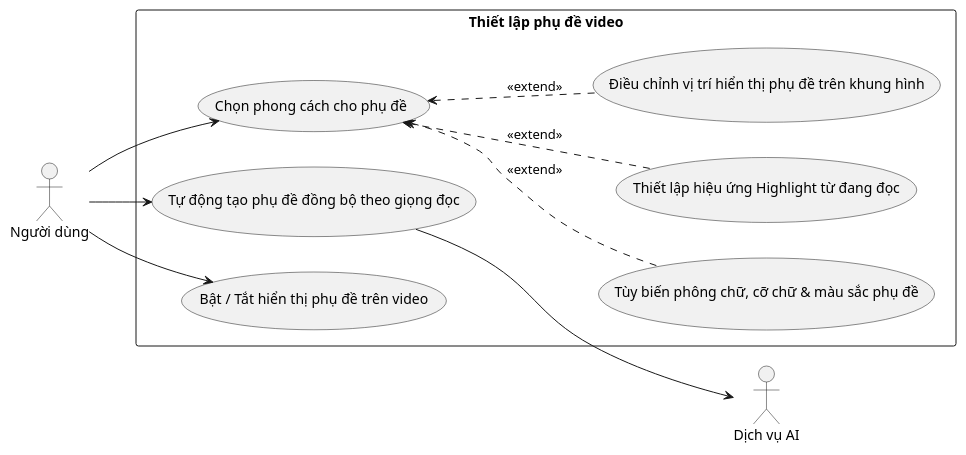
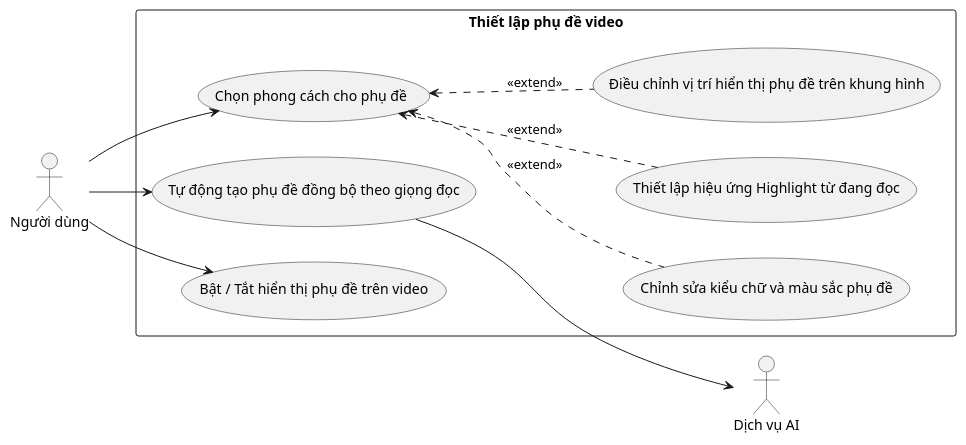
Before and after one commit to 202416852-anhpv/story2video-docs: the diagram in docs/bieu-do-uc/bieu-do-uc-chi-tiet/make/dung-va-xuat-video/thiet-lap-phu-de-video.puml, drawn with PlantUML.

Commit message:
sua ten uc

```diff
--- a/docs/bieu-do-uc/bieu-do-uc-chi-tiet/make/dung-va-xuat-video/thiet-lap-phu-de-video.puml
+++ b/docs/bieu-do-uc/bieu-do-uc-chi-tiet/make/dung-va-xuat-video/thiet-lap-phu-de-video.puml
@@ -1,26 +1,26 @@
 @startuml thiet-lap-phu-de-video
 left to right direction
 
 actor "Người dùng" as User
 actor "Dịch vụ AI" as AI_Service
 
 rectangle "Thiết lập phụ đề video" {
     usecase "Tự động tạo phụ đề đồng bộ theo giọng đọc" as UC_01
     usecase "Bật / Tắt hiển thị phụ đề trên video" as UC_02
     usecase "Chọn phong cách cho phụ đề" as UC_03
-    usecase "Tùy biến phông chữ, cỡ chữ & màu sắc phụ đề" as UC_04
+    usecase "Chỉnh sửa kiểu chữ và màu sắc phụ đề" as UC_04
     usecase "Thiết lập hiệu ứng Highlight từ đang đọc" as UC_05
     usecase "Điều chỉnh vị trí hiển thị phụ đề trên khung hình" as UC_06
 }
 
 User --> UC_01
 User --> UC_02
 User --> UC_03
 
 UC_01 --> AI_Service
 
 UC_03 <.. UC_04 : <<extend>>
 UC_03 <.. UC_05 : <<extend>>
 UC_03 <.. UC_06 : <<extend>>
 
 @enduml
```
